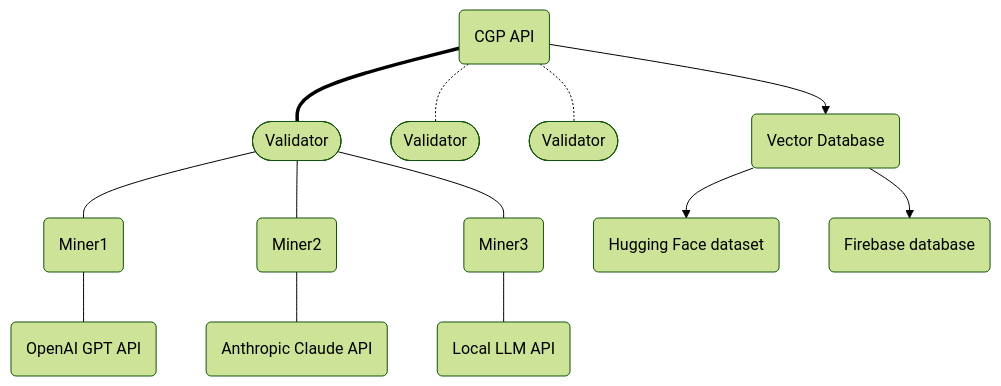
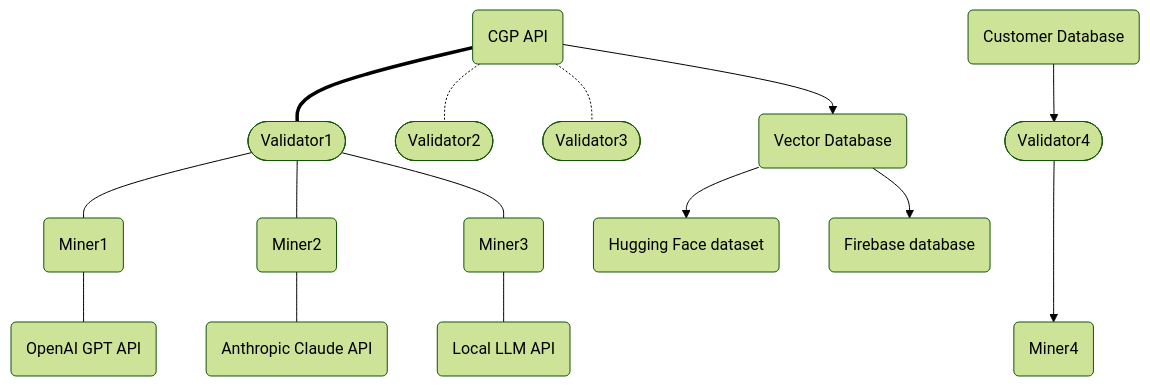
The first of 2 diagrams in README.md (afterpartyai/bittensor-conversation-genome-project), drawn with Mermaid (forest theme) before and after one commit. The commit also changed other lines of this file, not shown here.

Commit message:
DJR:New diagram and fixed links

````diff
--- a/README.md
+++ b/README.md
@@ -28,16 +27,18 @@
 ```mermaid
 flowchart TD
-    A(CGP API) === Validator1([Validator])
-    A -.- Validator2([Validator])
-    A -.- Validator3([Validator])
+    A(CGP API) === Validator1([Validator1])
+    A -.- Validator2([Validator2])
+    A -.- Validator3([Validator3])
     Validator1 --- C(Miner1)
     Validator1 --- D(Miner2)
     Validator1 --- E(Miner3)
+    VECTOR2(Customer Database) --> Validator4([Validator4])
+    Validator4 ---> F(Miner4)
     C --- GPT(OpenAI GPT API)
     D --- CLAUDE(Anthropic Claude API)
     E --- LLM(Local LLM API)
     A --> VECTOR(Vector Database)
     VECTOR --> PUBLIC(Hugging Face dataset)
     VECTOR --> FIREBASE(Firebase database)
     click PUBLIC "https://huggingface.co/" _blank
 ```
````
